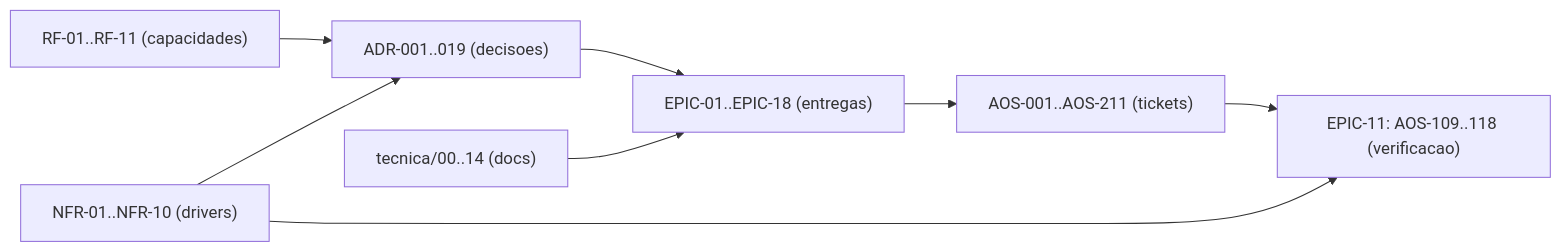
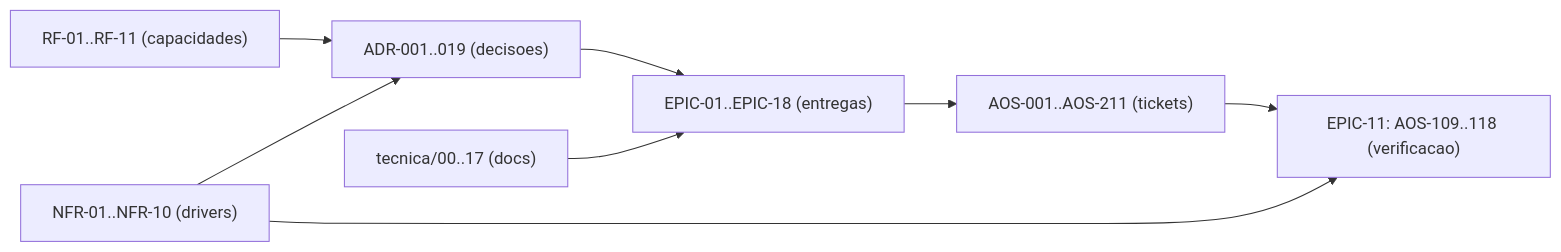
The diagram in tecnica/16_Rastreabilidade_RTM.md (albinoJimy/aos), drawn with Mermaid before and after one commit. The commit also changed other lines of this file and 2 other files, not shown here.

First line of the commit message:
docs(AOS-194): de-orfanizar o STRIDE do lado-RTM — fecha o CA4 (EPIC-18)

````diff
--- a/tecnica/16_Rastreabilidade_RTM.md
+++ b/tecnica/16_Rastreabilidade_RTM.md
@@ -166,10 +169,10 @@
 ```mermaid
 flowchart LR
     RF["RF-01..RF-11 (capacidades)"] --> ADR["ADR-001..019 (decisoes)"]
     NFR["NFR-01..NFR-10 (drivers)"] --> ADR
     ADR --> EPIC["EPIC-01..EPIC-18 (entregas)"]
     EPIC --> TICK["AOS-001..AOS-211 (tickets)"]
-    DOC["tecnica/00..14 (docs)"] --> EPIC
+    DOC["tecnica/00..17 (docs)"] --> EPIC
     TICK --> TEST["EPIC-11: AOS-109..118 (verificacao)"]
     NFR --> TEST
 ```
````
